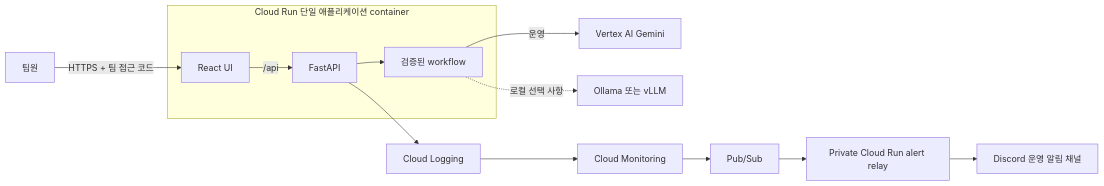
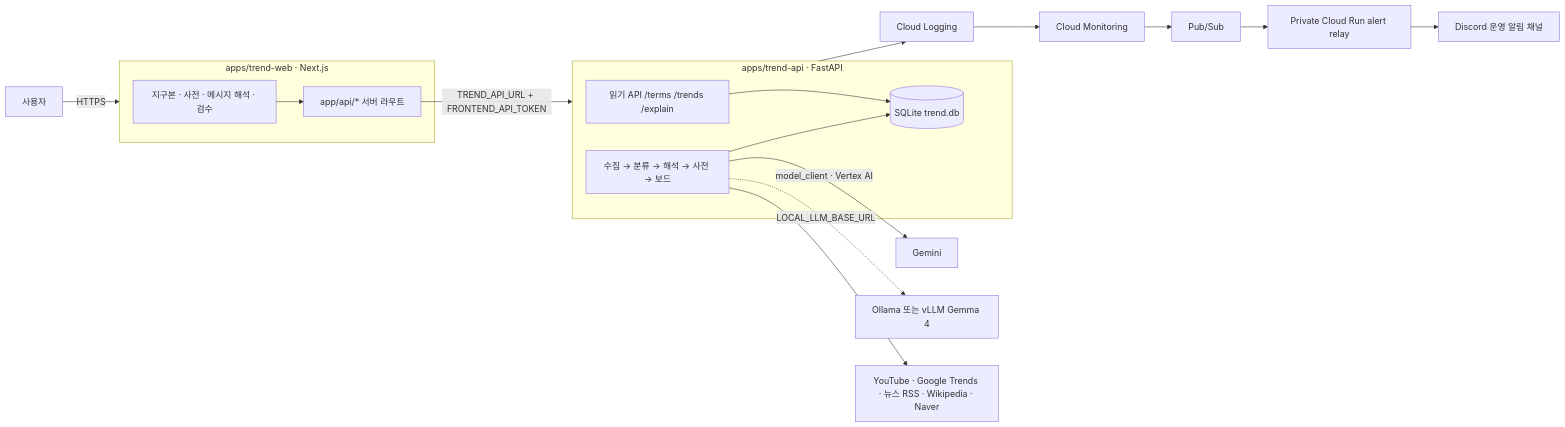
One commit to Sihyeon-Ji/trend-interpreter changed the first of 3 diagrams in docs/운영/시스템-아키텍처.md. Above: the diagram before and after it, drawn with Mermaid. The commit also changed other lines of this file and 49 other files, not shown here.

````diff
--- a/docs/운영/시스템-아키텍처.md
+++ b/docs/운영/시스템-아키텍처.md
@@ -21,19 +18,29 @@
 ```mermaid
 flowchart LR
-  User[팀원] -->|HTTPS + 팀 접근 코드| UI
+  User[사용자] -->|HTTPS| Web
 
-  subgraph Run[Cloud Run 단일 애플리케이션 container]
-    UI[React UI]
-    API[FastAPI]
-    Flow[검증된 workflow]
-    UI -->|/api| API --> Flow
+  subgraph Web[apps/trend-web · Next.js]
+    Pages[지구본 · 사전 · 메시지 해석 · 검수]
+    Routes[app/api/* 서버 라우트]
+    Pages --> Routes
   end
 
-  Flow -->|운영| Gemini[Vertex AI Gemini]
-  Flow -.->|로컬 선택 사항| Local[Ollama 또는 vLLM]
+  Routes -->|TREND_API_URL + FRONTEND_API_TOKEN| API
+
+  subgraph API[apps/trend-api · FastAPI]
+    Read[읽기 API /terms /trends /explain]
+    Pipeline[수집 → 분류 → 해석 → 사전 → 보드]
+    DB[(SQLite trend.db)]
+    Read --> DB
+    Pipeline --> DB
+  end
+
+  Pipeline -->|model_client · Vertex AI| Gemini[Gemini]
+  Pipeline -.->|LOCAL_LLM_BASE_URL| Local[Ollama 또는 vLLM Gemma 4]
+  Pipeline --> Sources[YouTube · Google Trends · 뉴스 RSS · Wikipedia · Naver]
   API --> Logs[Cloud Logging]
   Logs --> Monitoring[Cloud Monitoring]
   Monitoring --> PubSub[Pub/Sub]
   PubSub --> Relay[Private Cloud Run alert relay]
   Relay --> Discord[Discord 운영 알림 채널]
 ```
````
